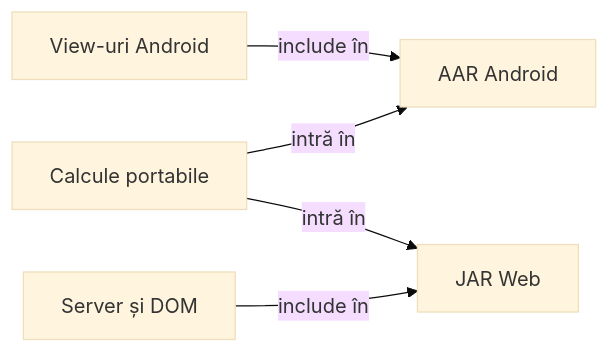
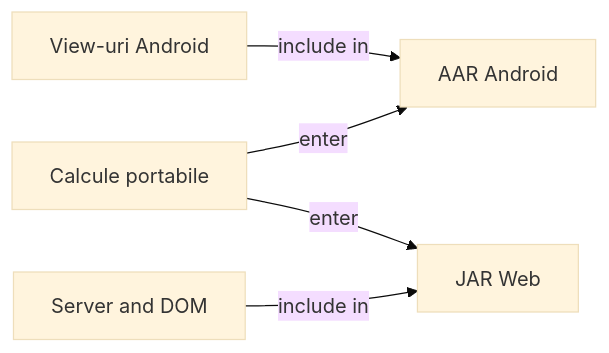
One commit to crististefanita/atf_j4 changed the third of 3 diagrams in atf-ui-browser/README.md. Above: the diagram before and after it, drawn with Mermaid (base theme). The commit also changed other lines of this file and 122 other files, not shown here.

````diff
--- a/atf-ui-browser/README.md
+++ b/atf-ui-browser/README.md
@@ -145,12 +145,12 @@
 ```mermaid
 flowchart LR
     Shared[Calcule portabile]
     Native[View-uri Android]
-    Browser[Server și DOM]
+    Browser[Server and DOM]
     Aar[AAR Android]
     Jar[JAR Web]
-    Native -->|include în| Aar
-    Shared -->|intră în| Aar
-    Shared -->|intră în| Jar
-    Browser -->|include în| Jar
+    Native -->|include in| Aar
+    Shared -->|enter| Aar
+    Shared -->|enter| Jar
+    Browser -->|include in| Jar
 ```
````
